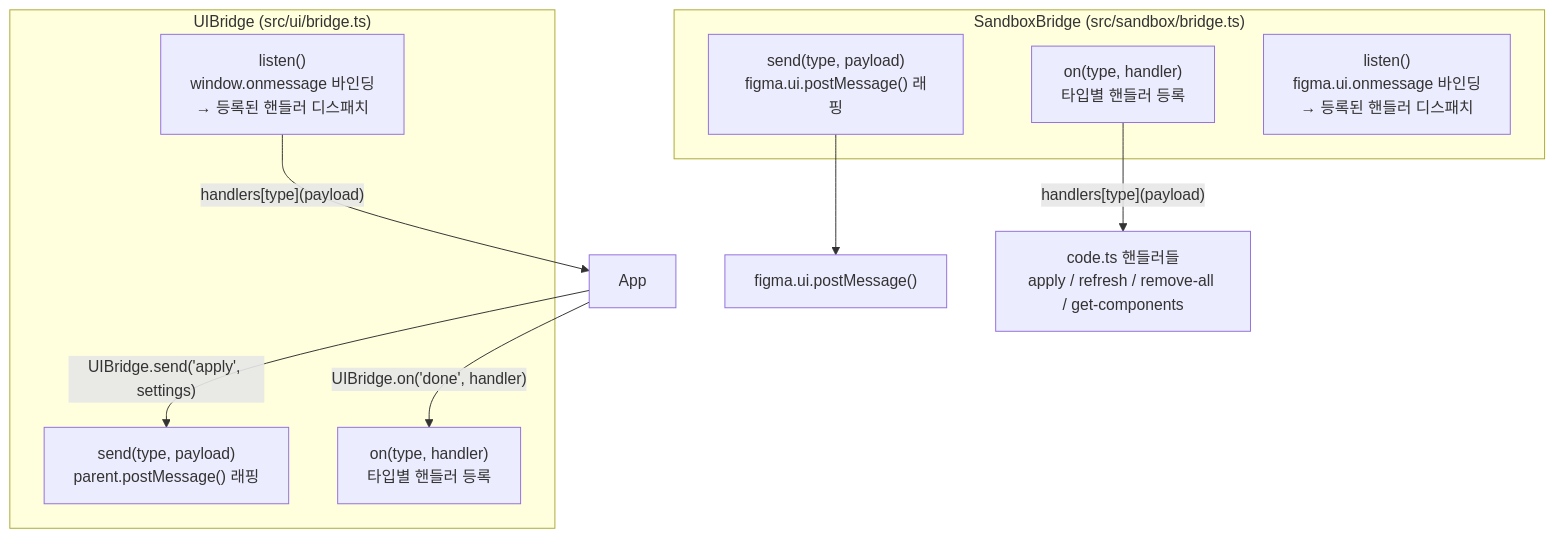
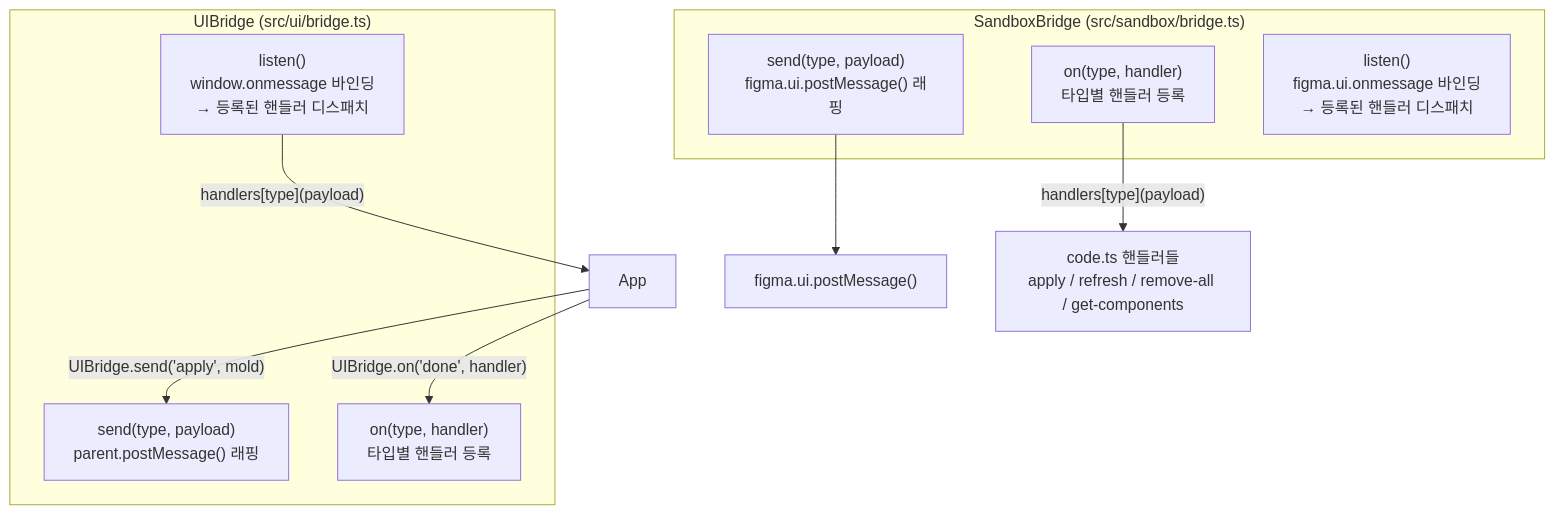
The third of 5 diagrams in docs/architecture.md (c-jeongyyun/page-stamp), drawn with Mermaid before and after one commit. The commit also changed other lines of this file and 8 other files, not shown here.

````diff
--- a/docs/architecture.md
+++ b/docs/architecture.md
@@ -127,21 +127,21 @@
 ```mermaid
 graph TD
     subgraph UIBridge["UIBridge (src/ui/bridge.ts)"]
         UISend["send(type, payload)\nparent.postMessage() 래핑"]
         UIOn["on(type, handler)\n타입별 핸들러 등록"]
         UIListen["listen()\nwindow.onmessage 바인딩\n→ 등록된 핸들러 디스패치"]
     end
 
     subgraph SandboxBridge["SandboxBridge (src/sandbox/bridge.ts)"]
         SBSend["send(type, payload)\nfigma.ui.postMessage() 래핑"]
         SBOn["on(type, handler)\n타입별 핸들러 등록"]
         SBListen["listen()\nfigma.ui.onmessage 바인딩\n→ 등록된 핸들러 디스패치"]
     end
 
-    App -- "UIBridge.send('apply', settings)" --> UISend
+    App -- "UIBridge.send('apply', mold)" --> UISend
     App -- "UIBridge.on('done', handler)" --> UIOn
     UIListen -- "handlers[type](payload)" --> App
 
     SBOn -- "handlers[type](payload)" --> Handlers["code.ts 핸들러들\napply / refresh / remove-all / get-components"]
     SBSend --> FigmaUIPostMessage["figma.ui.postMessage()"]
 ```
````
